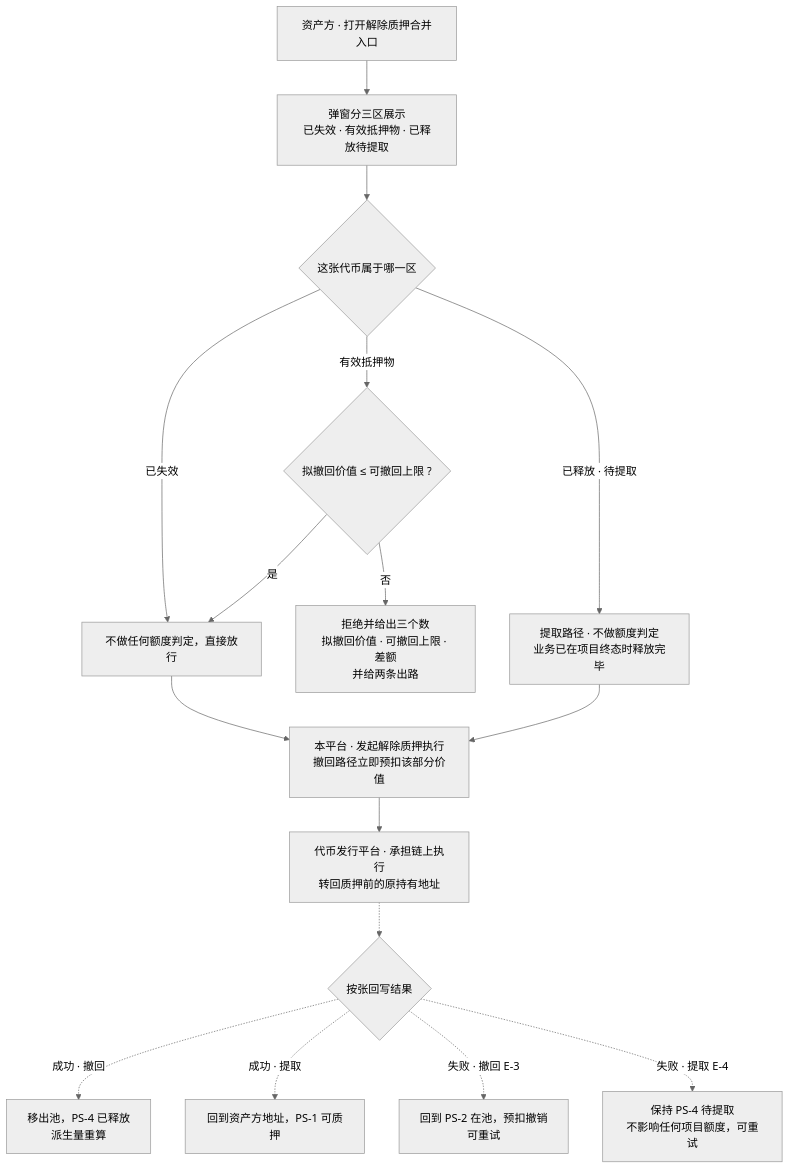
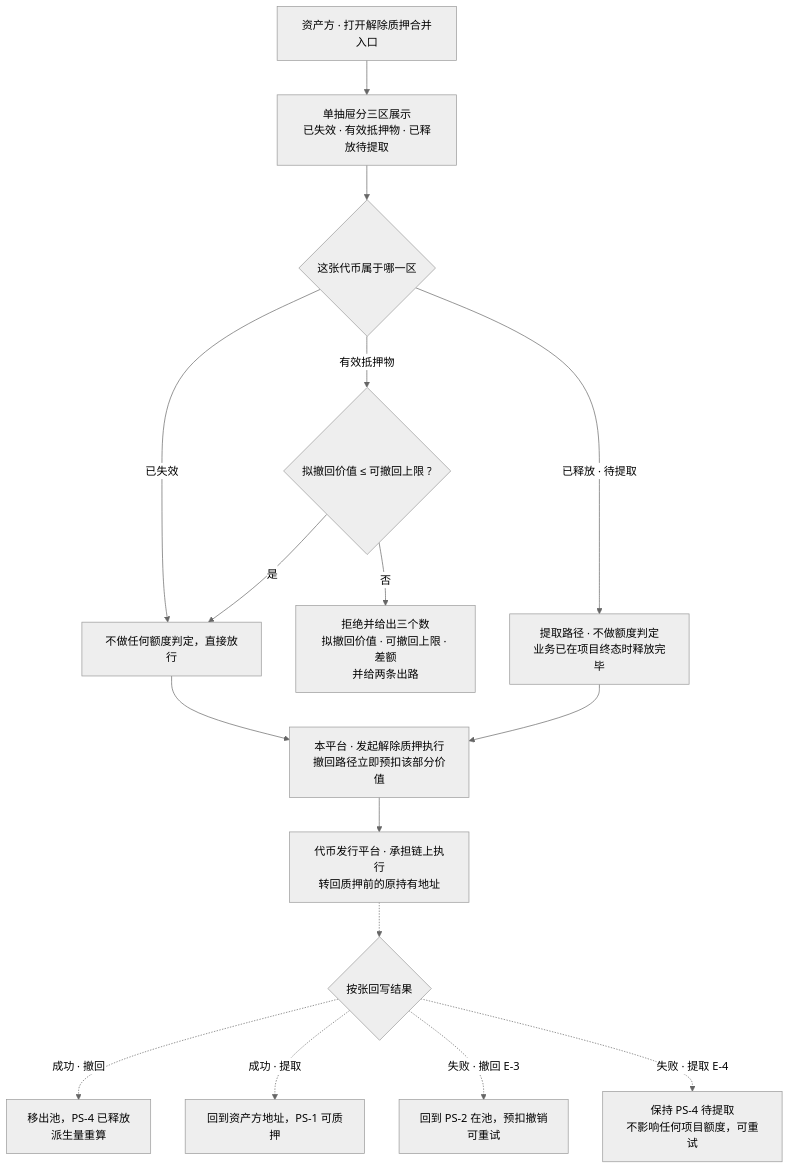
The third of 10 diagrams in lending-platform/PRD/v1.0-借贷广场-融资需求与代币质押/v1.0-借贷广场-融资需求与代币质押-流程图与状态机.md (wxblockchain/Chain-Financing), drawn with Mermaid (neutral theme) before and after one commit. The commit also changed other lines of this file and 13 other files, not shown here.

````diff
--- a/lending-platform/PRD/v1.0-借贷广场-融资需求与代币质押/v1.0-借贷广场-融资需求与代币质押-流程图与状态机.md
+++ b/lending-platform/PRD/v1.0-借贷广场-融资需求与代币质押/v1.0-借贷广场-融资需求与代币质押-流程图与状态机.md
@@ -78,18 +82,18 @@
 ```mermaid
 flowchart TD
-  A["资产方 · 打开解除质押合并入口"] --> B["弹窗分三区展示<br/>已失效 · 有效抵押物 · 已释放待提取"]
+  A["资产方 · 打开解除质押合并入口"] --> B["单抽屉分三区展示<br/>已失效 · 有效抵押物 · 已释放待提取"]
   B --> C{"这张代币属于哪一区"}
   C -- "已失效" --> D["不做任何额度判定，直接放行"]
   C -- "有效抵押物" --> E{"拟撤回价值 ≤ 可撤回上限 ?"}
   E -- "否" --> F["拒绝并给出三个数<br/>拟撤回价值 · 可撤回上限 · 差额<br/>并给两条出路"]
   E -- "是" --> D
   C -- "已释放 · 待提取" --> G["提取路径 · 不做额度判定<br/>业务已在项目终态时释放完毕"]
   D --> H["本平台 · 发起解除质押执行<br/>撤回路径立即预扣该部分价值"]
   G --> H
   H --> I["代币发行平台 · 承担链上执行<br/>转回质押前的原持有地址"]
   I -.-> J{"按张回写结果"}
   J -. "成功 · 撤回" .-> K["移出池，PS-4 已释放<br/>派生量重算"]
   J -. "成功 · 提取" .-> L["回到资产方地址，PS-1 可质押"]
   J -. "失败 · 撤回 E-3" .-> M["回到 PS-2 在池，预扣撤销<br/>可重试"]
   J -. "失败 · 提取 E-4" .-> N["保持 PS-4 待提取<br/>不影响任何项目额度，可重试"]
 ```
````
